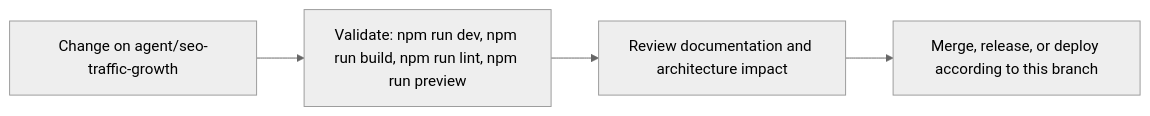
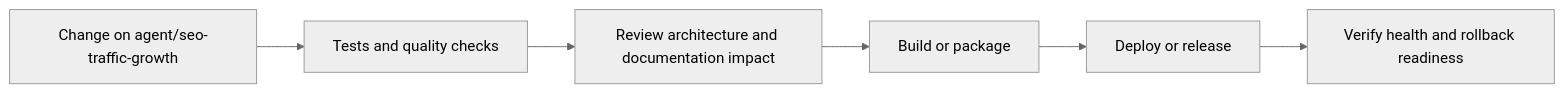
The fourth of 5 diagrams in README.md (Nischhalsubba/Reeja-Maharjan-Website-2026), drawn with Mermaid (neutral theme) before and after one commit. The commit also changed other lines of this file, not shown here.

````diff
--- a/README.md
+++ b/README.md
@@ -80,8 +168,8 @@
 ```mermaid
 flowchart LR
-    CHANGE["Change on agent/seo-traffic-growth"]
-    CHECK["Validate: npm run dev, npm run build, npm run lint, npm run preview"]
-    REVIEW["Review documentation and architecture impact"]
-    RELEASE["Merge, release, or deploy according to this branch"]
-    CHANGE --> CHECK --> REVIEW --> RELEASE
+    CHANGE["Change on agent/seo-traffic-growth"] --> CHECK["Tests and quality checks"]
+    CHECK --> REVIEW["Review architecture and documentation impact"]
+    REVIEW --> BUILD["Build or package"]
+    BUILD --> DEPLOY["Deploy or release"]
+    DEPLOY --> VERIFY["Verify health and rollback readiness"]
 ```
````
